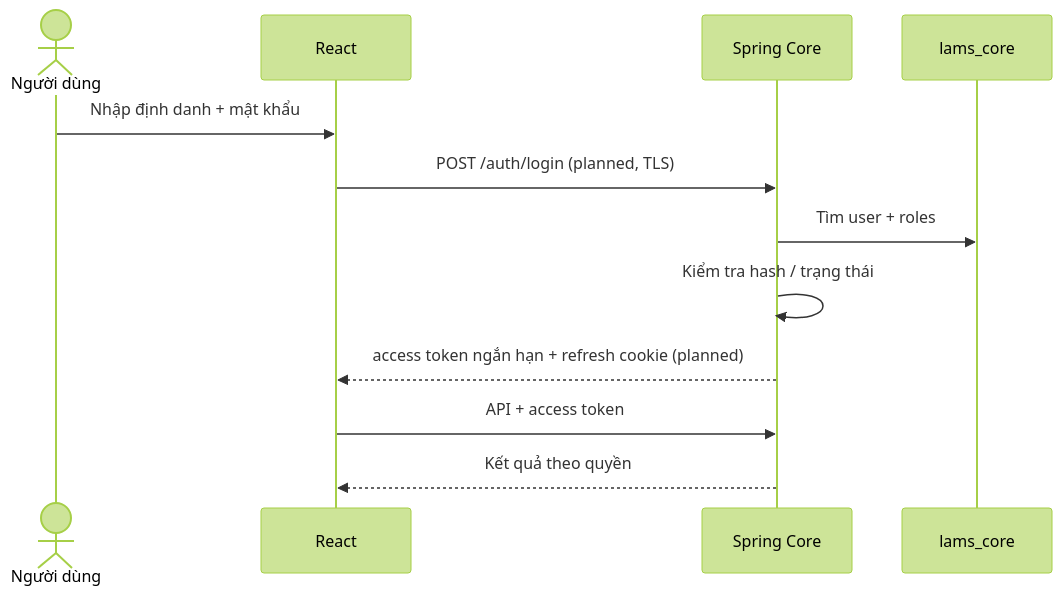
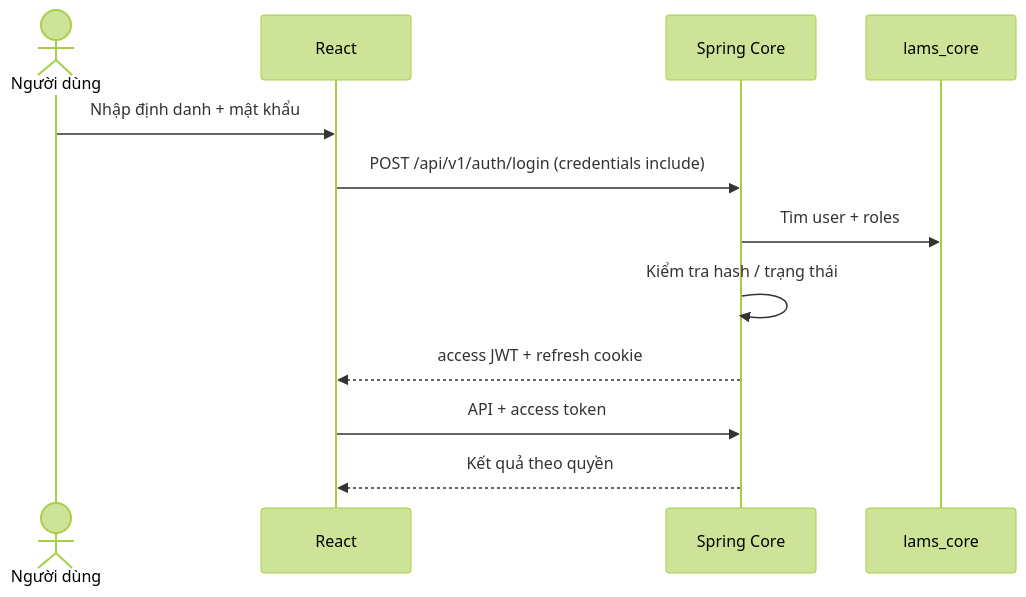
Before and after one commit to Shuuma4869/He-thong-quan-ly-va-khai-thac-thu-vien: the first of 4 diagrams in tai-lieu/02-kien-truc/authentication-flow.md, drawn with Mermaid (forest theme). The commit also changed other lines of this file and 20 other files, not shown here.

Commit message:
feat(auth): triển khai Identity, JWT và refresh rotation

````diff
--- a/tai-lieu/02-kien-truc/authentication-flow.md
+++ b/tai-lieu/02-kien-truc/authentication-flow.md
@@ -7,14 +9,14 @@
 ```mermaid
 sequenceDiagram
   actor U as Người dùng
   participant F as React
   participant C as Spring Core
   participant DB as lams_core
   U->>F: Nhập định danh + mật khẩu
-  F->>C: POST /auth/login (planned, TLS)
+  F->>C: POST /api/v1/auth/login (credentials include)
   C->>DB: Tìm user + roles
   C->>C: Kiểm tra hash / trạng thái
-  C-->>F: access token ngắn hạn + refresh cookie (planned)
+  C-->>F: access JWT + refresh cookie
   F->>C: API + access token
   C-->>F: Kết quả theo quyền
 ```
````
